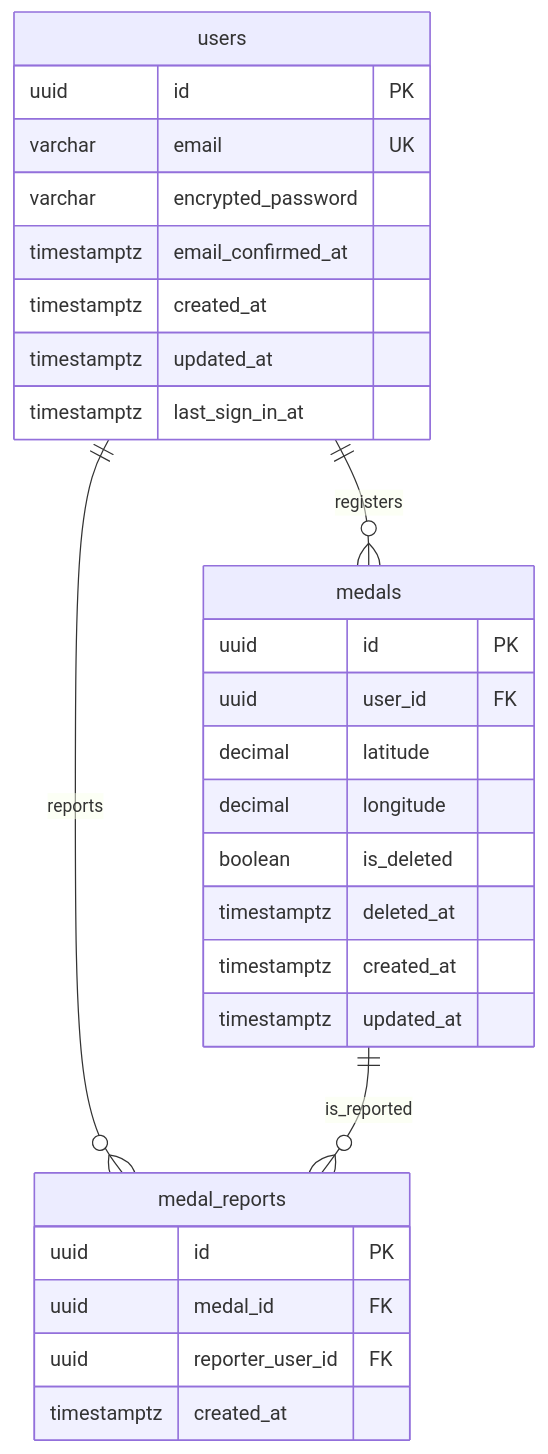
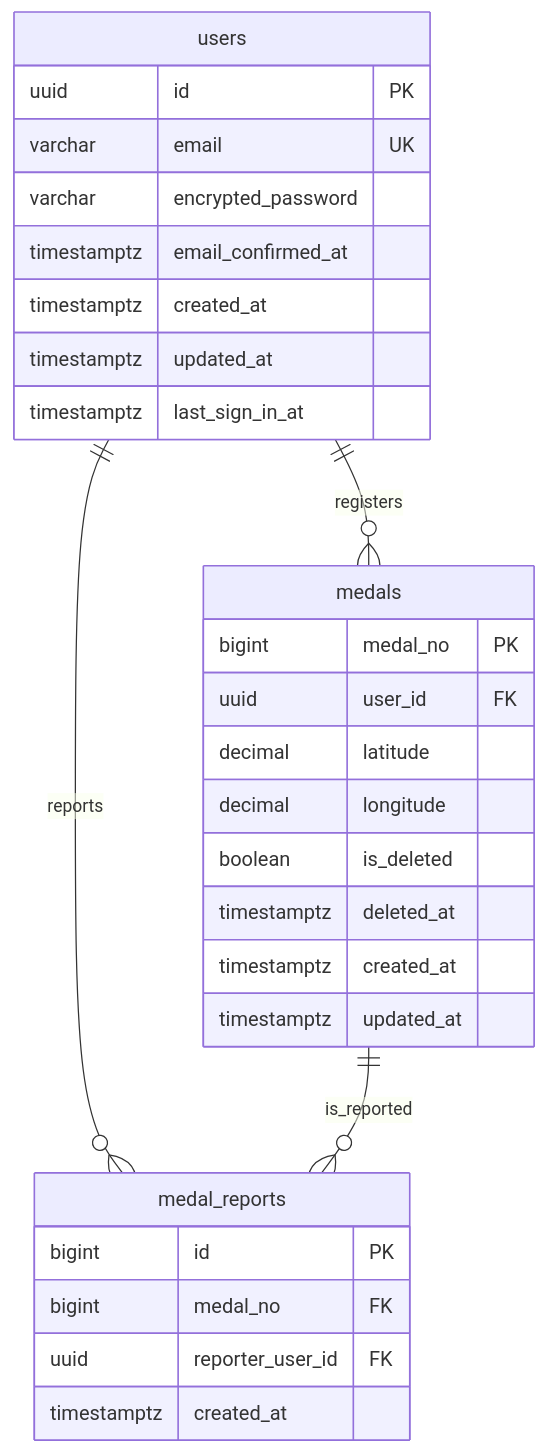
The diagram in documents/4_データベース設計書.md (Lighthouse-projects/dqwfuntool_medalcompass), drawn with Mermaid before and after one commit. The commit also changed other lines of this file and 1 other file, not shown here.

````diff
--- a/documents/4_データベース設計書.md
+++ b/documents/4_データベース設計書.md
@@ -317,34 +318,34 @@
 ```mermaid
 erDiagram
     users ||--o{ medals : "registers"
     users ||--o{ medal_reports : "reports"
     medals ||--o{ medal_reports : "is_reported"
 
     users {
         uuid id PK
         varchar email UK
         varchar encrypted_password
         timestamptz email_confirmed_at
         timestamptz created_at
         timestamptz updated_at
         timestamptz last_sign_in_at
     }
 
     medals {
-        uuid id PK
+        bigint medal_no PK
         uuid user_id FK
         decimal latitude
         decimal longitude
         boolean is_deleted
         timestamptz deleted_at
         timestamptz created_at
         timestamptz updated_at
     }
 
     medal_reports {
-        uuid id PK
-        uuid medal_id FK
+        bigint id PK
+        bigint medal_no FK
         uuid reporter_user_id FK
         timestamptz created_at
     }
 ```
````
